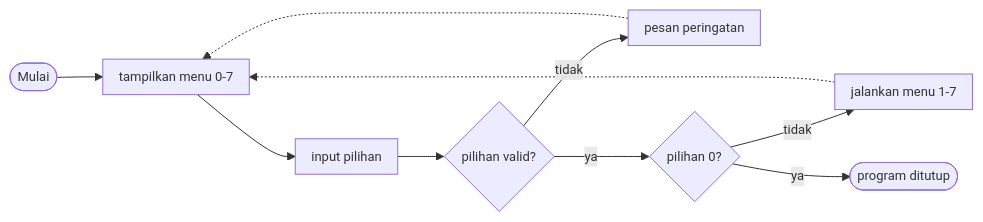
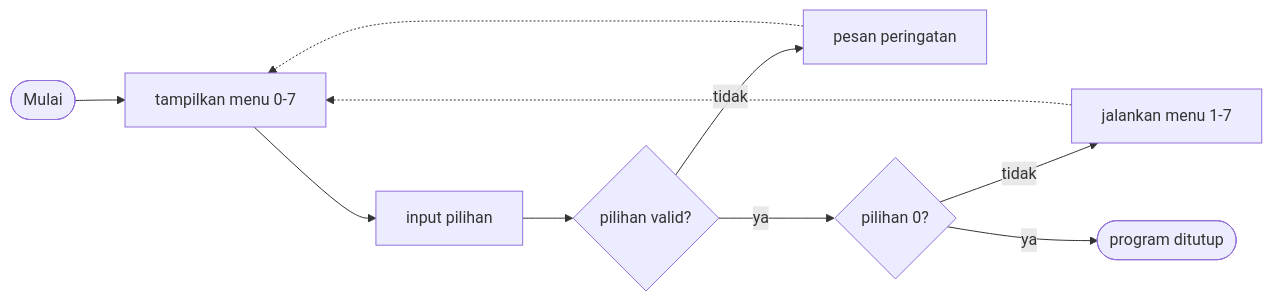
Before and after one commit to Curzyori/Stokku-Desktop: the diagram in docs/diagrams/02-alur-program-utama.mmd, drawn with Mermaid. The commit also changed 20 other files, not shown here.

Commit message:
fix: hapus direktif init mermaid yang membuat diagram gagal render di GitHub

```diff
--- a/docs/diagrams/02-alur-program-utama.mmd
+++ b/docs/diagrams/02-alur-program-utama.mmd
@@ -1,11 +1,10 @@
-%%{init: {"flowchart": {"nodeSpacing": 22, "rankSpacing": 46, "padding": 8}, "themeVariables": {"fontSize": "13px"}}}%%
 flowchart LR
     A(["Mulai"]) --> B["tampilkan menu 0-7"]
     B --> C["input pilihan"]
     C --> D{"pilihan valid?"}
     D -- tidak --> E["pesan peringatan"]
     D -- ya --> F{"pilihan 0?"}
     F -- tidak --> G["jalankan menu 1-7"]
     F -- ya --> H(["program ditutup"])
     E -.-> B
     G -.-> B
```
